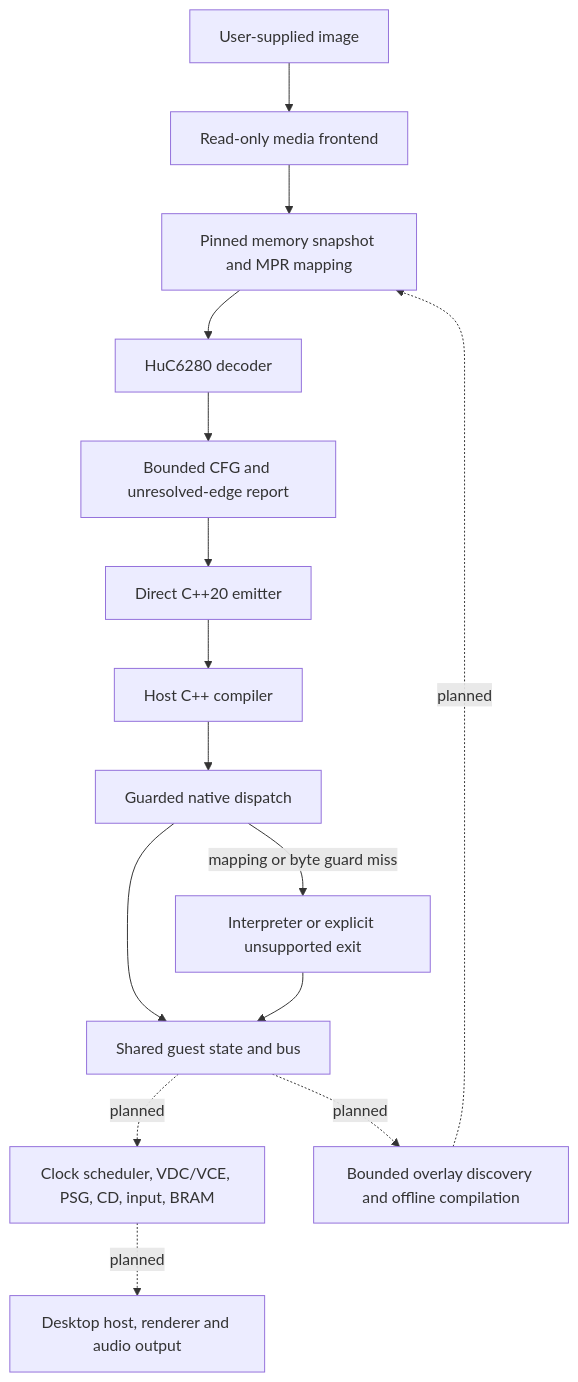
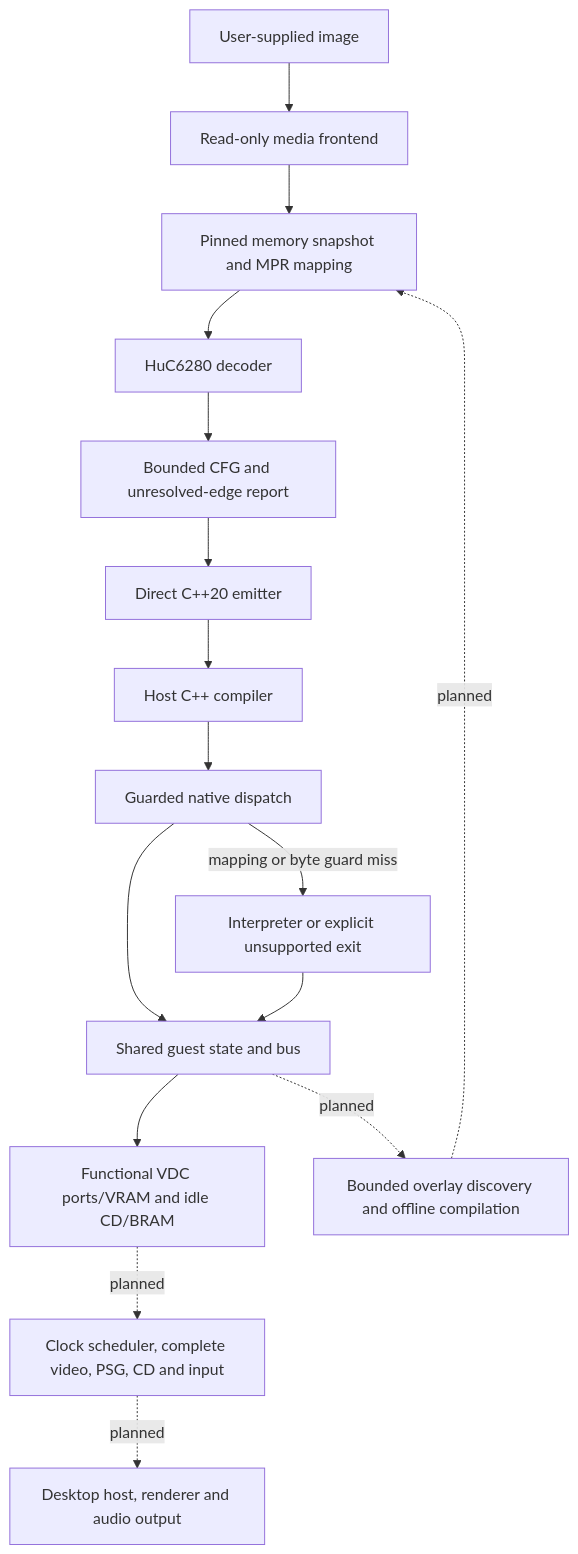
Before and after one commit to rages4calm/pcenginerecomp: the diagram in docs/ARCHITECTURE.md, drawn with Mermaid. The commit also changed other lines of this file and 27 other files, not shown here.

Commit message:
Implement functional VDC ports, VRAM transfers and ST instructions

````diff
--- a/docs/ARCHITECTURE.md
+++ b/docs/ARCHITECTURE.md
@@ -9,17 +9,18 @@
 ```mermaid
 flowchart TD
   Image[User-supplied image] --> Media[Read-only media frontend]
   Media --> Snapshot[Pinned memory snapshot and MPR mapping]
   Snapshot --> Decode[HuC6280 decoder]
   Decode --> CFG[Bounded CFG and unresolved-edge report]
   CFG --> Emit[Direct C++20 emitter]
   Emit --> Compiler[Host C++ compiler]
   Compiler --> Native[Guarded native dispatch]
   Native --> Bus[Shared guest state and bus]
   Native -->|mapping or byte guard miss| Fallback[Interpreter or explicit unsupported exit]
   Fallback --> Bus
-  Bus -. planned .-> Devices[Clock scheduler, VDC/VCE, PSG, CD, input, BRAM]
+  Bus --> Profiles[Functional VDC ports/VRAM and idle CD/BRAM]
+  Profiles -. planned .-> Devices[Clock scheduler, complete video, PSG, CD and input]
   Devices -. planned .-> Host[Desktop host, renderer and audio output]
   Bus -. planned .-> Capture[Bounded overlay discovery and offline compilation]
   Capture -. planned .-> Snapshot
 ```
````
